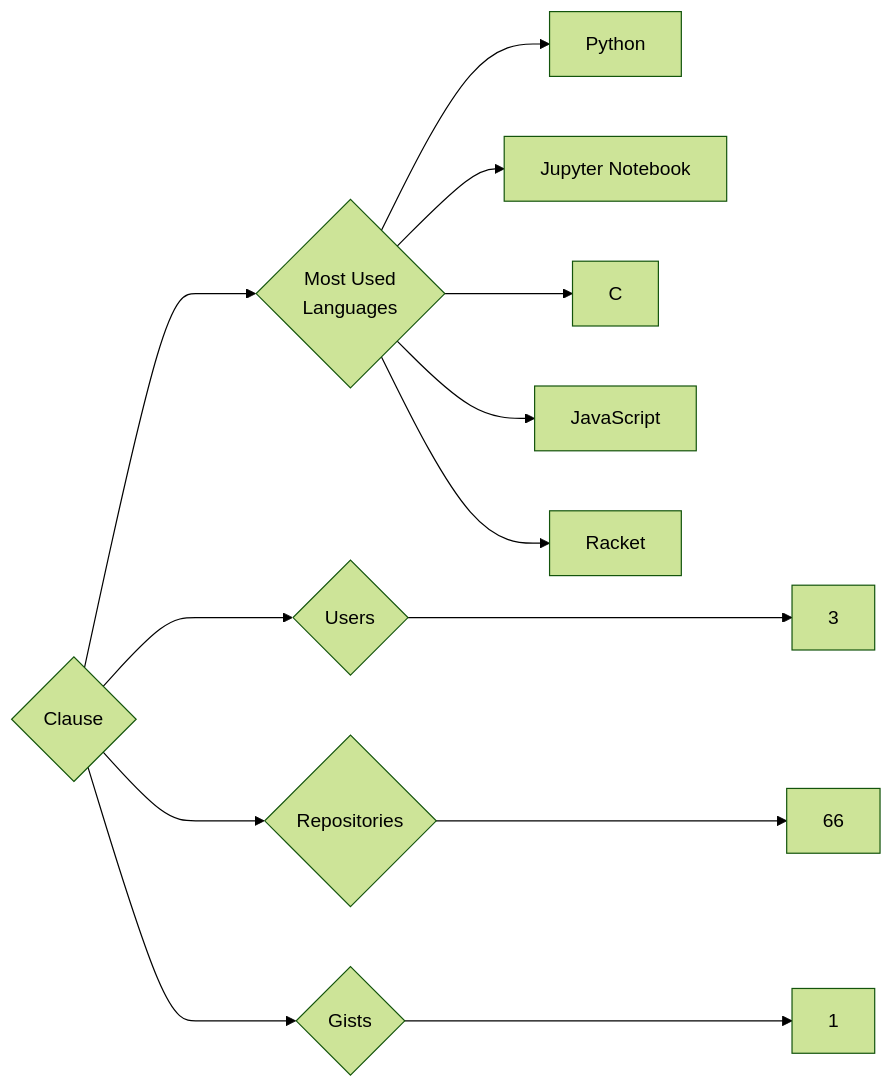
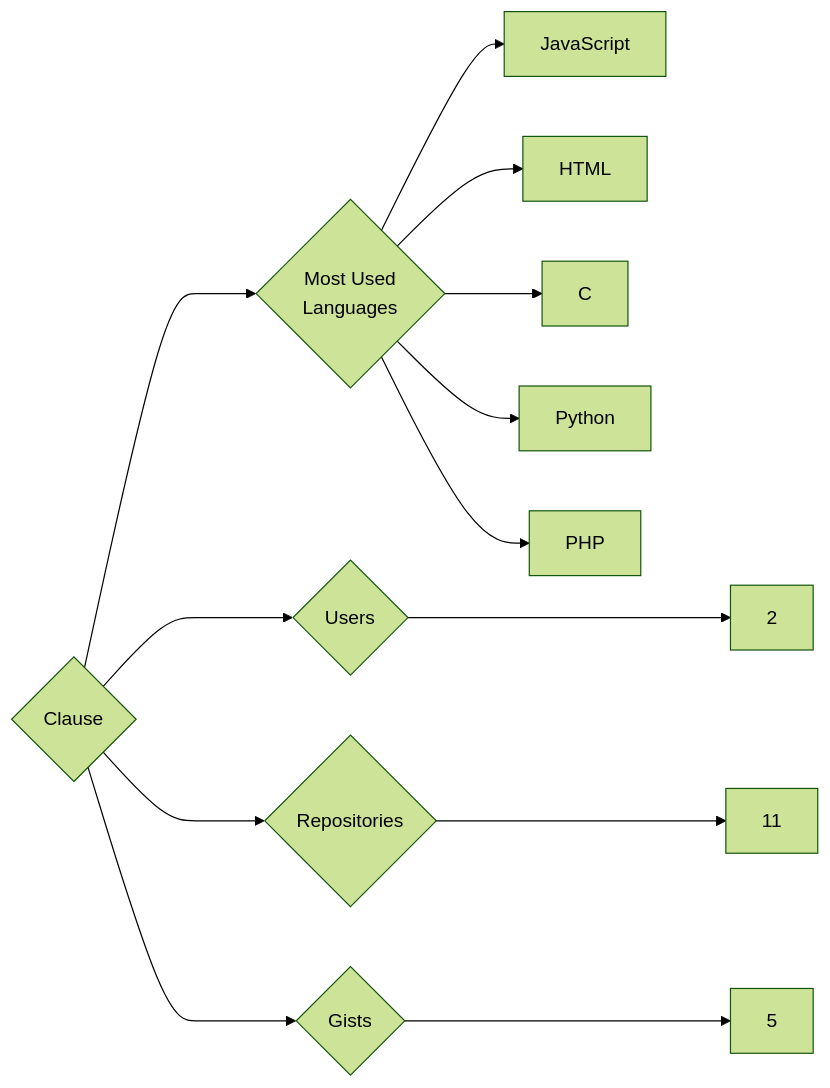
Before and after one commit to trickest/insiders: the diagram in targets/Clause/README.md, drawn with Mermaid (forest theme). The commit also changed 1170 other files, not shown here.

````diff
--- a/targets/Clause/README.md
+++ b/targets/Clause/README.md
@@ -3,13 +3,13 @@
 ```mermaid
 graph LR
 COMPANY_NAME{Clause}
-COMPANY_NAME ---> U{Users} ---> UN[3]
-COMPANY_NAME ---> R{Repositories} ---> RN[66]
-COMPANY_NAME ---> G{Gists} ---> GN[1]
+COMPANY_NAME ---> U{Users} ---> UN[2]
+COMPANY_NAME ---> R{Repositories} ---> RN[11]
+COMPANY_NAME ---> G{Gists} ---> GN[5]
 COMPANY_NAME ---> ML{Most Used<br>Languages}
+ML --> JavaScript[JavaScript]
+ML --> HTML[HTML]
+ML --> C[C]
 ML --> Python[Python]
-ML --> Jupyter_Notebook[Jupyter Notebook]
-ML --> C[C]
-ML --> JavaScript[JavaScript]
-ML --> Racket[Racket]
+ML --> PHP[PHP]
 ```
````
